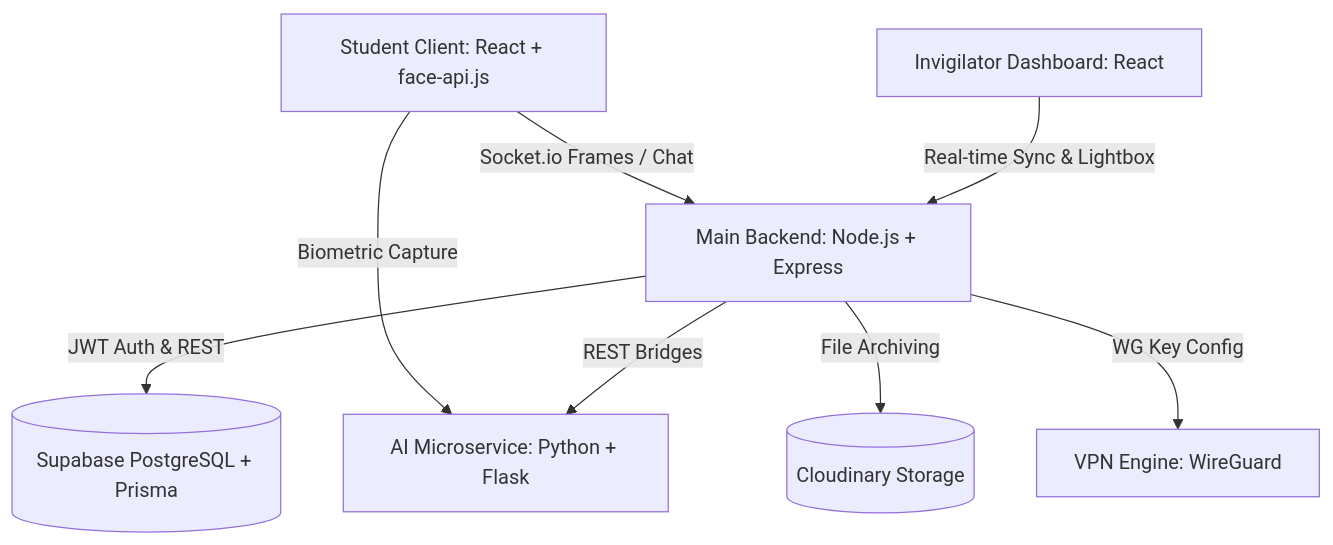
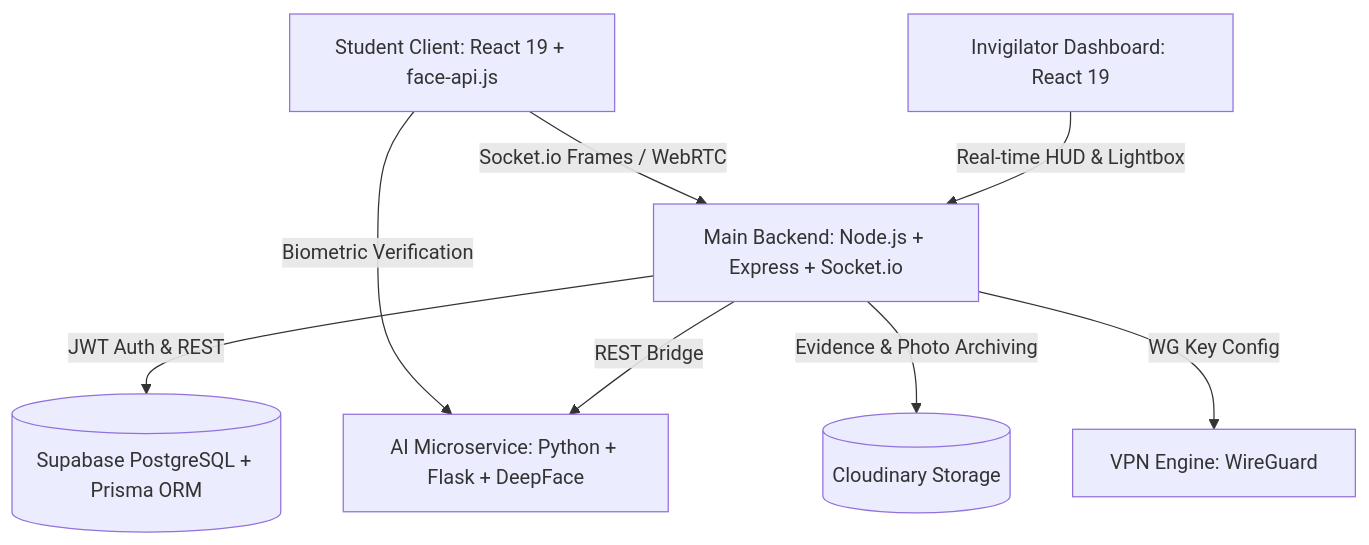
Before and after one commit to SudeepKagi/online-exam-proctoring: the diagram in README.md, drawn with Mermaid. The commit also changed other lines of this file and 58 other files, not shown here.

````diff
--- a/README.md
+++ b/README.md
@@ -18,24 +18,24 @@
 ```mermaid
 graph TD
     %% Clients
-    Student[Student Client: React + face-api.js]
-    Invigilator[Invigilator Dashboard: React]
+    Student[Student Client: React 19 + face-api.js]
+    Invigilator[Invigilator Dashboard: React 19]
     
     %% API Gateways & Servers
-    NodeServer[Main Backend: Node.js + Express]
-    AIService[AI Microservice: Python + Flask]
+    NodeServer[Main Backend: Node.js + Express + Socket.io]
+    AIService[AI Microservice: Python + Flask + DeepFace]
     VPN[VPN Engine: WireGuard]
     
     %% Storage
-    DB[(Supabase PostgreSQL + Prisma)]
+    DB[(Supabase PostgreSQL + Prisma ORM)]
     Cloudinary[(Cloudinary Storage)]
     
     %% Flow Connections
-    Student -- Socket.io Frames / Chat --> NodeServer
-    Student -- Biometric Capture --> AIService
-    Invigilator -- Real-time Sync & Lightbox --> NodeServer
+    Student -- Socket.io Frames / WebRTC --> NodeServer
+    Student -- Biometric Verification --> AIService
+    Invigilator -- Real-time HUD & Lightbox --> NodeServer
     NodeServer -- JWT Auth & REST --> DB
-    NodeServer -- REST Bridges --> AIService
-    NodeServer -- File Archiving --> Cloudinary
+    NodeServer -- REST Bridge --> AIService
+    NodeServer -- Evidence & Photo Archiving --> Cloudinary
     NodeServer -- WG Key Config --> VPN
 ```
````
